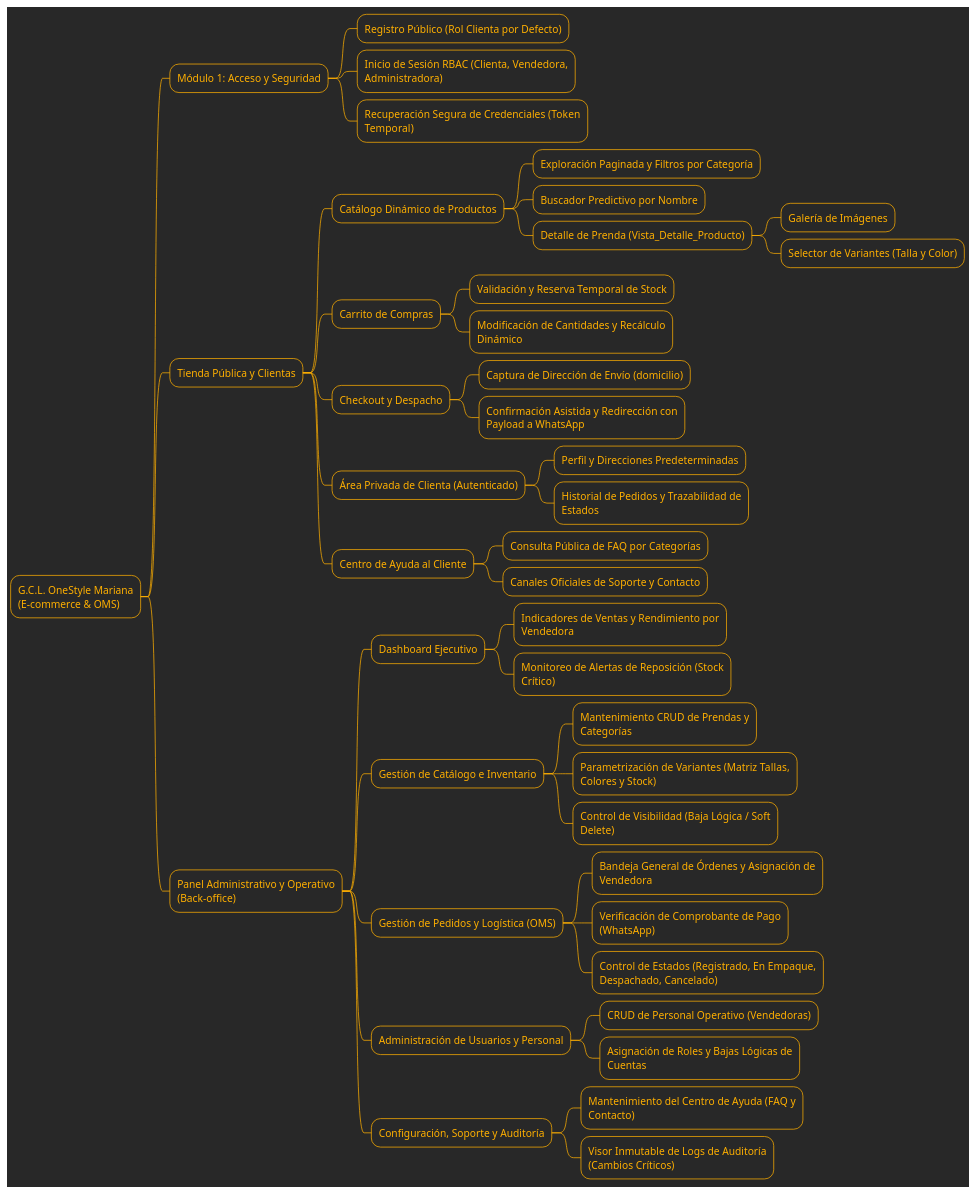
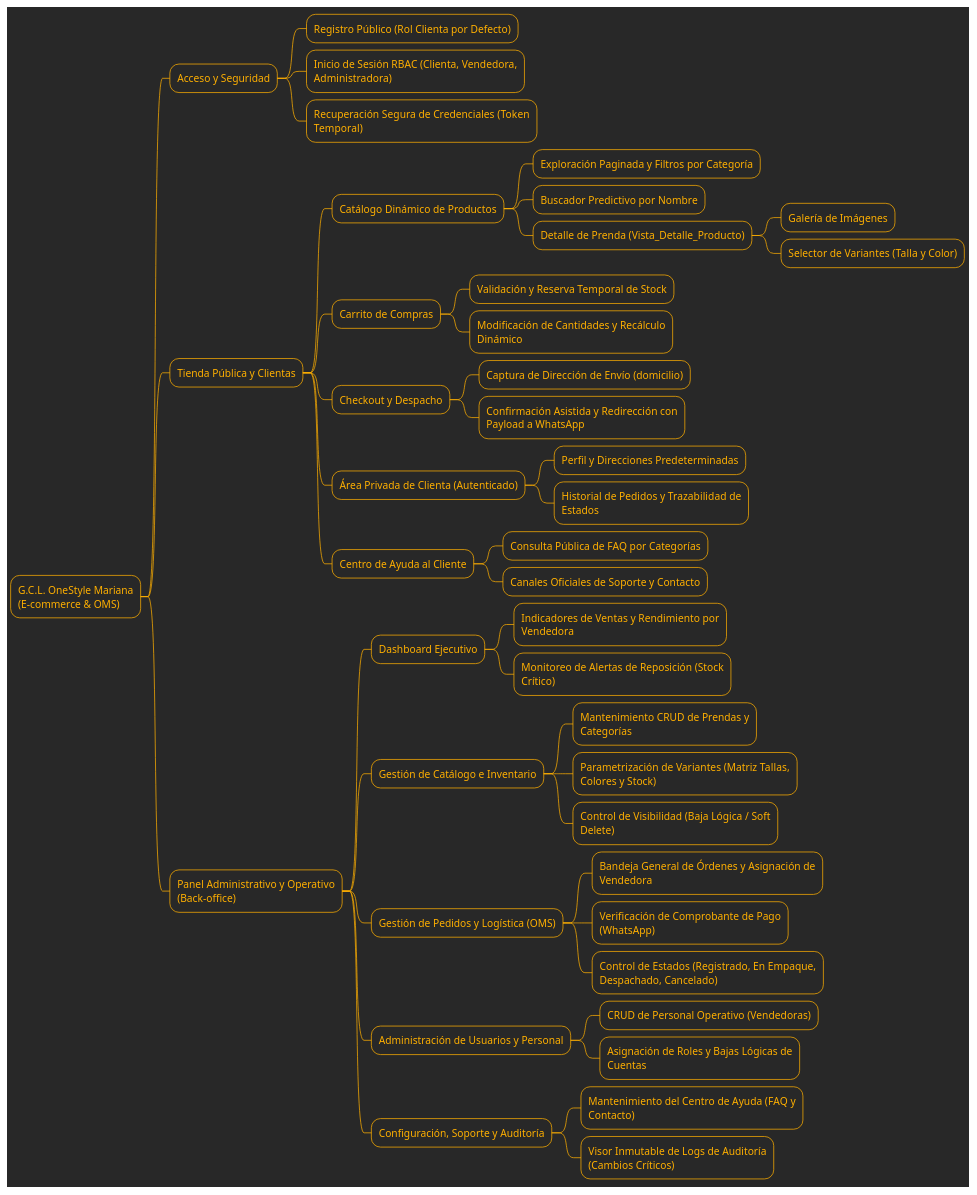
Before and after one commit to holo-t-leds/Concepto-OneStyle-Mariana: the diagram in docs/mapa navegacion/mapnav.puml, drawn with PlantUML.

Commit message:
Fix formatting in mapnav.puml for module title

```diff
--- a/docs/mapa navegacion/mapnav.puml
+++ b/docs/mapa navegacion/mapnav.puml
@@ -1,52 +1,52 @@
 @startmindmap
 !theme crt-amber
 skinparam linetype ortho
 skinparam classAttributeIconSize 0
 
 * G.C.L. OneStyle Mariana\n(E-commerce & OMS)
 
-** Módulo 1: Acceso y Seguridad
+** Acceso y Seguridad
 *** Registro Público (Rol Clienta por Defecto)
 *** Inicio de Sesión RBAC (Clienta, Vendedora, Administradora)
 *** Recuperación Segura de Credenciales (Token Temporal)
 
 ** Tienda Pública y Clientas
 *** Catálogo Dinámico de Productos
 **** Exploración Paginada y Filtros por Categoría
 **** Buscador Predictivo por Nombre
 **** Detalle de Prenda (Vista_Detalle_Producto)
 ***** Galería de Imágenes
 ***** Selector de Variantes (Talla y Color)
 *** Carrito de Compras
 **** Validación y Reserva Temporal de Stock
 **** Modificación de Cantidades y Recálculo Dinámico
 *** Checkout y Despacho
 **** Captura de Dirección de Envío (domicilio)
 **** Confirmación Asistida y Redirección con Payload a WhatsApp
 *** Área Privada de Clienta (Autenticado)
 **** Perfil y Direcciones Predeterminadas
 **** Historial de Pedidos y Trazabilidad de Estados
 *** Centro de Ayuda al Cliente
 **** Consulta Pública de FAQ por Categorías
 **** Canales Oficiales de Soporte y Contacto
 
 ** Panel Administrativo y Operativo (Back-office)
 *** Dashboard Ejecutivo
 **** Indicadores de Ventas y Rendimiento por Vendedora
 **** Monitoreo de Alertas de Reposición (Stock Crítico)
 *** Gestión de Catálogo e Inventario
 **** Mantenimiento CRUD de Prendas y Categorías
 **** Parametrización de Variantes (Matriz Tallas, Colores y Stock)
 **** Control de Visibilidad (Baja Lógica / Soft Delete)
 *** Gestión de Pedidos y Logística (OMS)
 **** Bandeja General de Órdenes y Asignación de Vendedora
 **** Verificación de Comprobante de Pago (WhatsApp)
 **** Control de Estados (Registrado, En Empaque, Despachado, Cancelado)
 *** Administración de Usuarios y Personal
 **** CRUD de Personal Operativo (Vendedoras)
 **** Asignación de Roles y Bajas Lógicas de Cuentas
 *** Configuración, Soporte y Auditoría
 **** Mantenimiento del Centro de Ayuda (FAQ y Contacto)
 **** Visor Inmutable de Logs de Auditoría (Cambios Críticos)
 
 @endmindmap
```
